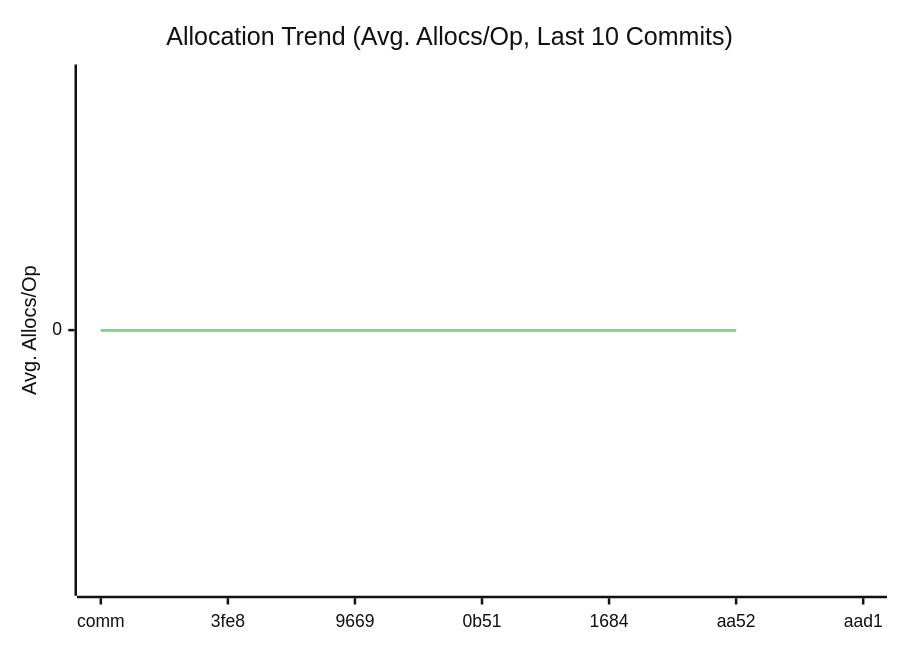
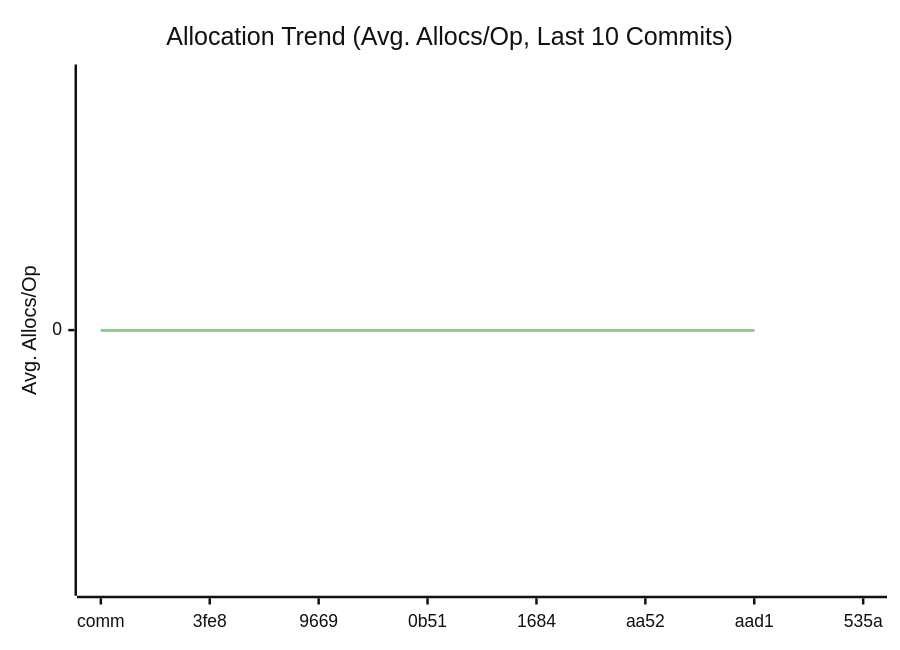
One commit to alsotoes/momo changed the third of 3 diagrams in doc/README.md. Above: the diagram before and after it, drawn with Mermaid (neutral theme). The commit also changed other lines of this file and 1 other file, not shown here.

````diff
--- a/doc/README.md
+++ b/doc/README.md
@@ -312,10 +312,10 @@
 ```mermaid
 xychart-beta
     title "Allocation Trend (Avg. Allocs/Op, Last 10 Commits)"
     x-axis "Commit"
     y-axis "Avg. Allocs/Op"
-    x-axis [comm,3fe8,9669,0b51,1684,aa52,aad1]
-    line "CheckMetricsAndSwap" [0,0,0,0,0,0]
-    line "IndexDirectTracking" [0,0,0,0,0,0]
-    line "IndexSearch" [0,0,0,0,0,0]
+    x-axis [comm,3fe8,9669,0b51,1684,aa52,aad1,535a]
+    line "CheckMetricsAndSwap" [0,0,0,0,0,0,0]
+    line "IndexDirectTracking" [0,0,0,0,0,0,0]
+    line "IndexSearch" [0,0,0,0,0,0,0]
 ```
````
